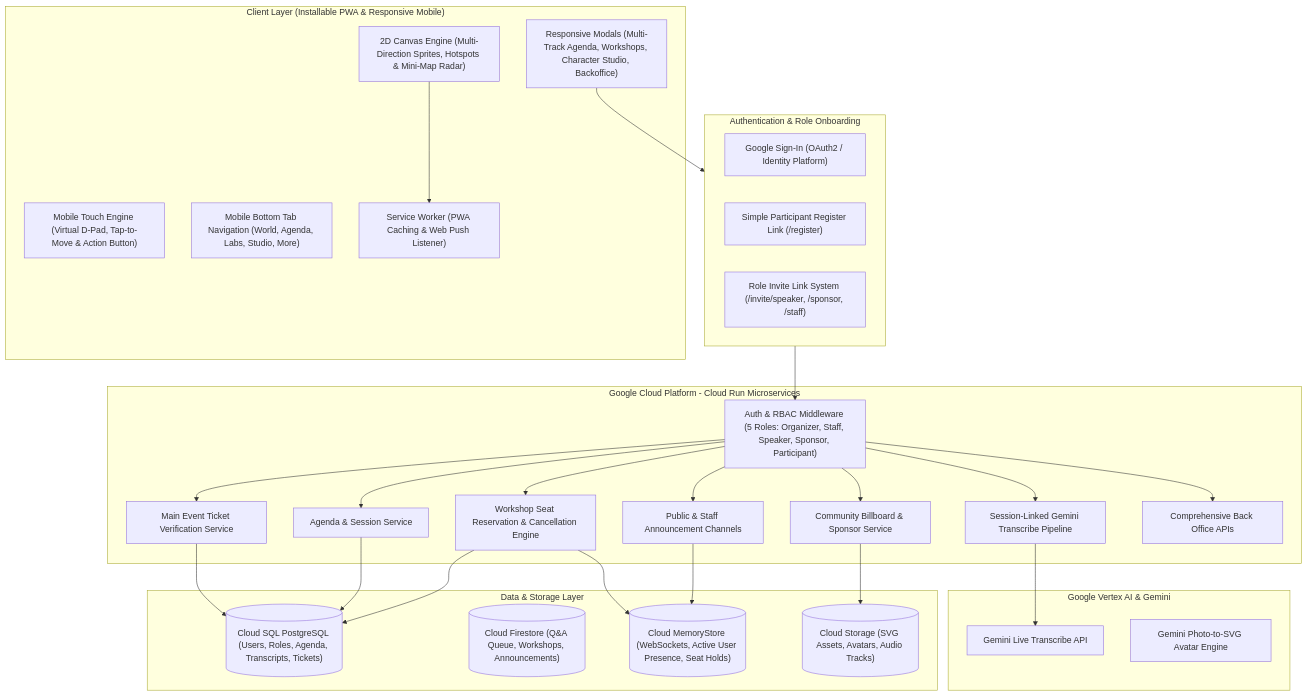
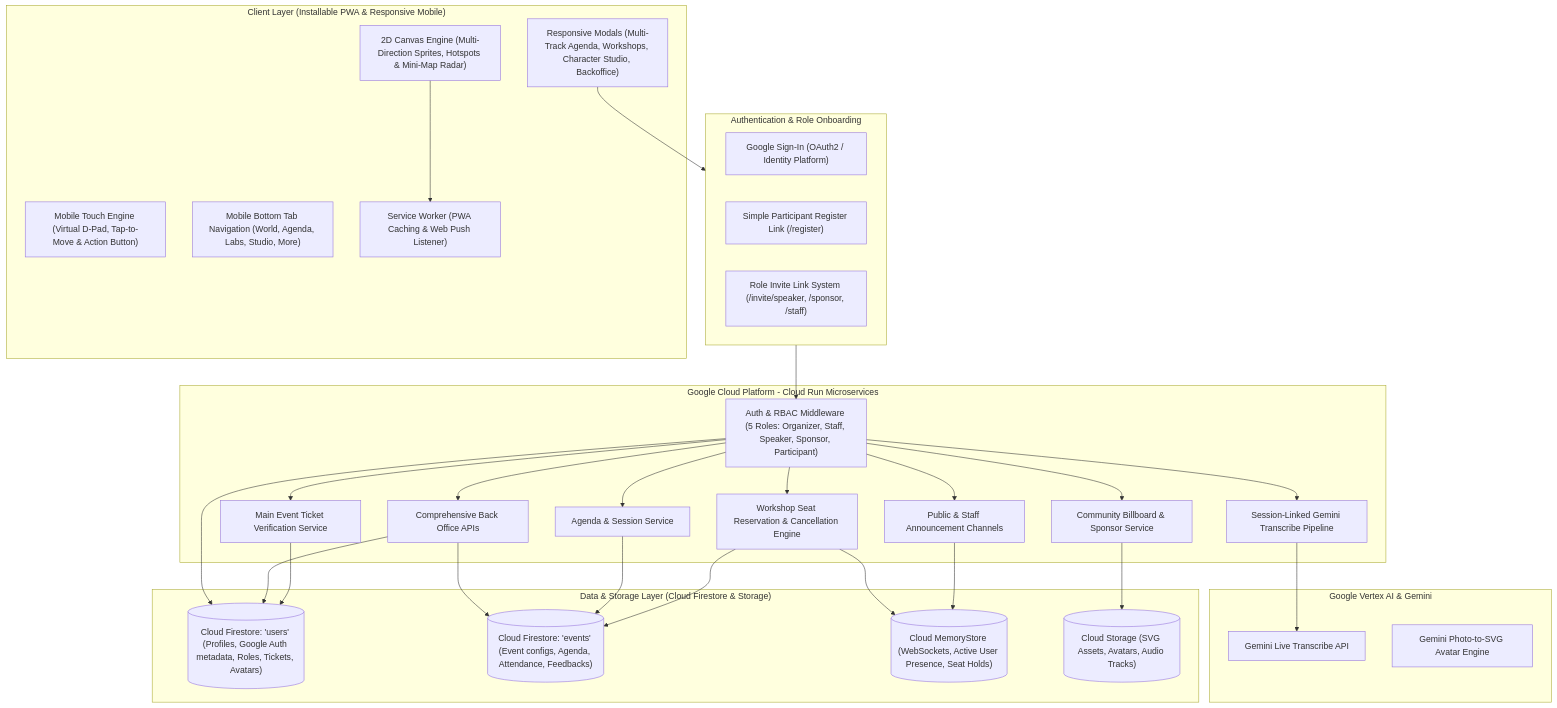
Before and after one commit to fonylew/devfestverse: the first of 22 diagrams in architecture.md, drawn with Mermaid. The commit also changed other lines of this file and 39 other files, not shown here.

Commit message:
feat: integrate Firestore for session

````diff
--- a/architecture.md
+++ b/architecture.md
@@ -10,59 +10,62 @@
 ```mermaid
 graph TD
     subgraph ClientLayer ["Client Layer (Installable PWA & Responsive Mobile)"]
         Canvas2D["2D Canvas Engine (Multi-Direction Sprites, Hotspots & Mini-Map Radar)"]
         TouchControls["Mobile Touch Engine (Virtual D-Pad, Tap-to-Move & Action Button)"]
         BottomNav["Mobile Bottom Tab Navigation (World, Agenda, Labs, Studio, More)"]
         SW["Service Worker (PWA Caching & Web Push Listener)"]
         UI_Modals["Responsive Modals (Multi-Track Agenda, Workshops, Character Studio, Backoffice)"]
     end
 
     subgraph AuthLayer ["Authentication & Role Onboarding"]
         GoogleAuth["Google Sign-In (OAuth2 / Identity Platform)"]
         ParticReg["Simple Participant Register Link (/register)"]
         InviteLinks["Role Invite Link System (/invite/speaker, /sponsor, /staff)"]
     end
 
     subgraph GCPCloudRun ["Google Cloud Platform - Cloud Run Microservices"]
         AuthRBAC["Auth & RBAC Middleware (5 Roles: Organizer, Staff, Speaker, Sponsor, Participant)"]
         TicketSvc["Main Event Ticket Verification Service"]
         BillboardSvc["Community Billboard & Sponsor Service"]
         WorkshopSvc["Workshop Seat Reservation & Cancellation Engine"]
         SessionSvc["Agenda & Session Service"]
         TranscribeSvc["Session-Linked Gemini Transcribe Pipeline"]
         AnnounceSvc["Public & Staff Announcement Channels"]
         BackofficeAPIs["Comprehensive Back Office APIs"]
     end
 
     subgraph AIIntegrations ["Google Vertex AI & Gemini"]
         GeminiTranscribe["Gemini Live Transcribe API"]
         GeminiAvatar["Gemini Photo-to-SVG Avatar Engine"]
     end
 
-    subgraph DataStorage ["Data & Storage Layer"]
-        CloudSQL[("Cloud SQL PostgreSQL (Users, Roles, Agenda, Transcripts, Tickets)")]
-        Firestore[("Cloud Firestore (Q&A Queue, Workshops, Announcements)")]
+    subgraph DataStorage ["Data & Storage Layer (Cloud Firestore & Storage)"]
+        FirestoreUsers[("Cloud Firestore: 'users' (Profiles, Google Auth metadata, Roles, Tickets, Avatars)")]
+        FirestoreEvents[("Cloud Firestore: 'events' (Event configs, Agenda, Attendance, Feedbacks)")]
         Redis[("Cloud MemoryStore (WebSockets, Active User Presence, Seat Holds)")]
         GCS[("Cloud Storage (SVG Assets, Avatars, Audio Tracks)")]
     end
 
     Canvas2D --> SW
     UI_Modals --> AuthLayer
     AuthLayer --> AuthRBAC
 
     AuthRBAC --> TicketSvc
     AuthRBAC --> BillboardSvc
     AuthRBAC --> WorkshopSvc
     AuthRBAC --> SessionSvc
     AuthRBAC --> TranscribeSvc
     AuthRBAC --> AnnounceSvc
     AuthRBAC --> BackofficeAPIs
 
     TranscribeSvc --> GeminiTranscribe
-    TicketSvc --> CloudSQL
-    SessionSvc --> CloudSQL
+    AuthRBAC --> FirestoreUsers
+    BackofficeAPIs --> FirestoreUsers
+    BackofficeAPIs --> FirestoreEvents
+    TicketSvc --> FirestoreUsers
+    SessionSvc --> FirestoreEvents
     WorkshopSvc --> Redis
-    WorkshopSvc --> CloudSQL
+    WorkshopSvc --> FirestoreEvents
     BillboardSvc --> GCS
     AnnounceSvc --> Redis
 ```
````
